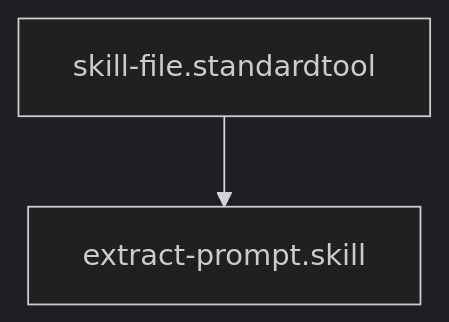
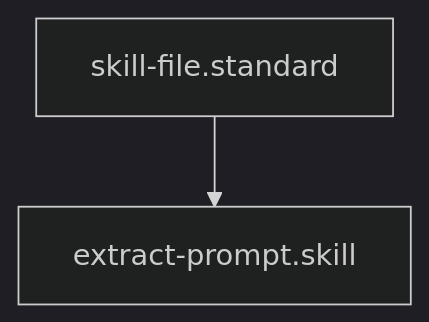
Before and after one commit to Gizmo4Life/ai-kernel: the diagram in skills/extract-prompt.skill.md, drawn with Mermaid (dark theme). The commit also changed other lines of this file and 89 other files, not shown here.

````diff
--- a/skills/extract-prompt.skill.md
+++ b/skills/extract-prompt.skill.md
@@ -30,4 +31,4 @@
 ```mermaid
 graph TD
-    skill-file.standardtool --> extract-prompt.skill
+    skill-file.standard --> extract-prompt.skill
 ```
````
